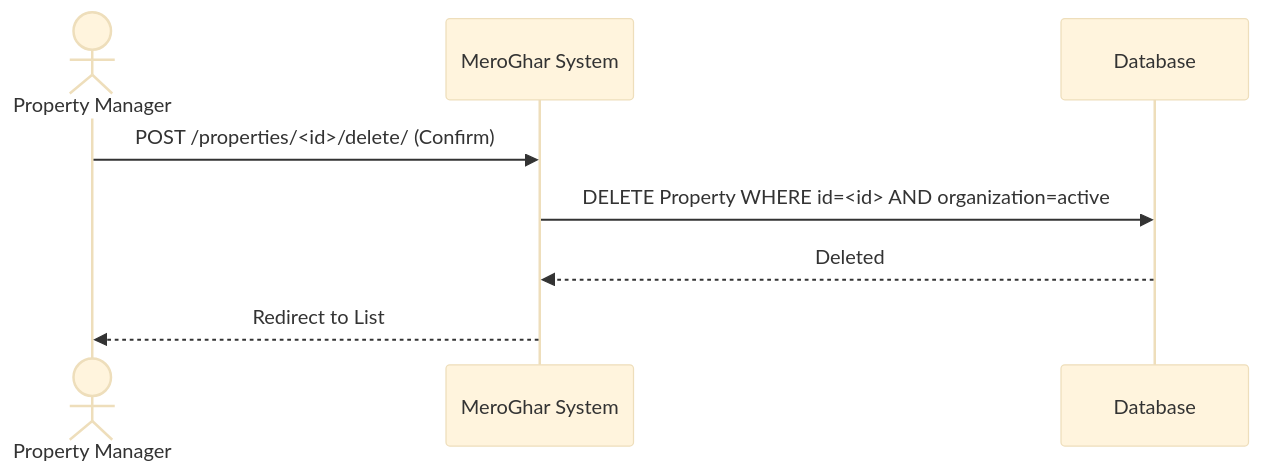
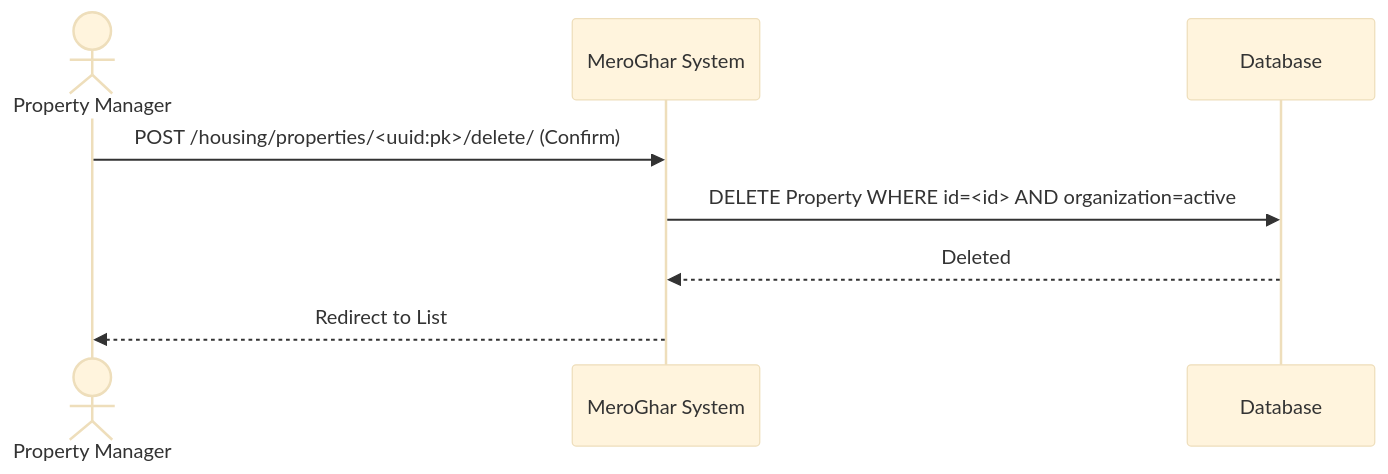
Before and after one commit to 0Ankit0/meroghar: the fourth of 4 diagrams in docs/workflows/property.md, drawn with Mermaid (base theme). The commit also changed other lines of this file and 12 other files, not shown here.

````diff
--- a/docs/workflows/property.md
+++ b/docs/workflows/property.md
@@ -109,11 +109,11 @@
 ```mermaid
 sequenceDiagram
     actor User as Property Manager
     participant System as MeroGhar System
     participant DB as Database
 
-    User->>System: POST /properties/<id>/delete/ (Confirm)
+    User->>System: POST /housing/properties/<uuid:pk>/delete/ (Confirm)
     System->>DB: DELETE Property WHERE id=<id> AND organization=active
     DB-->>System: Deleted
     System-->>User: Redirect to List
 ```
````
